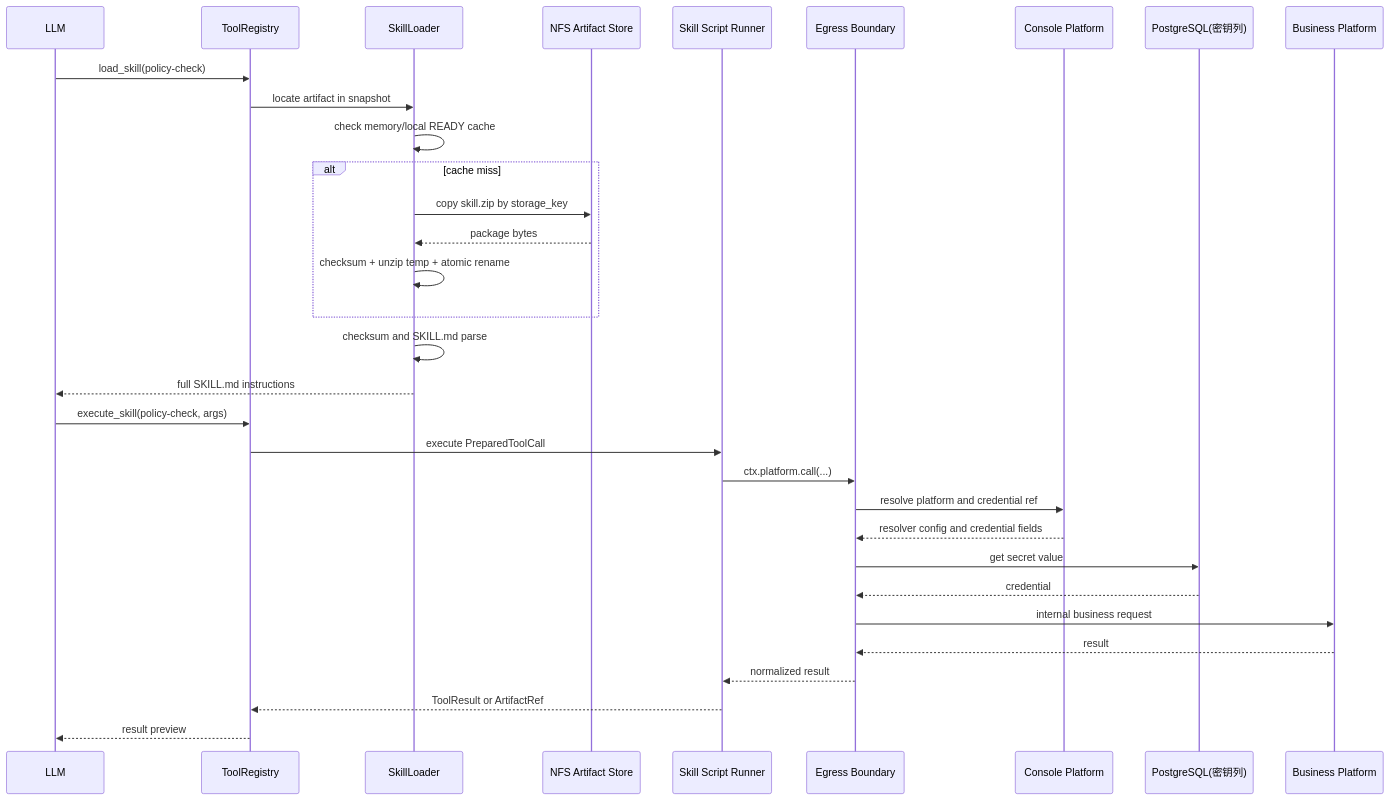
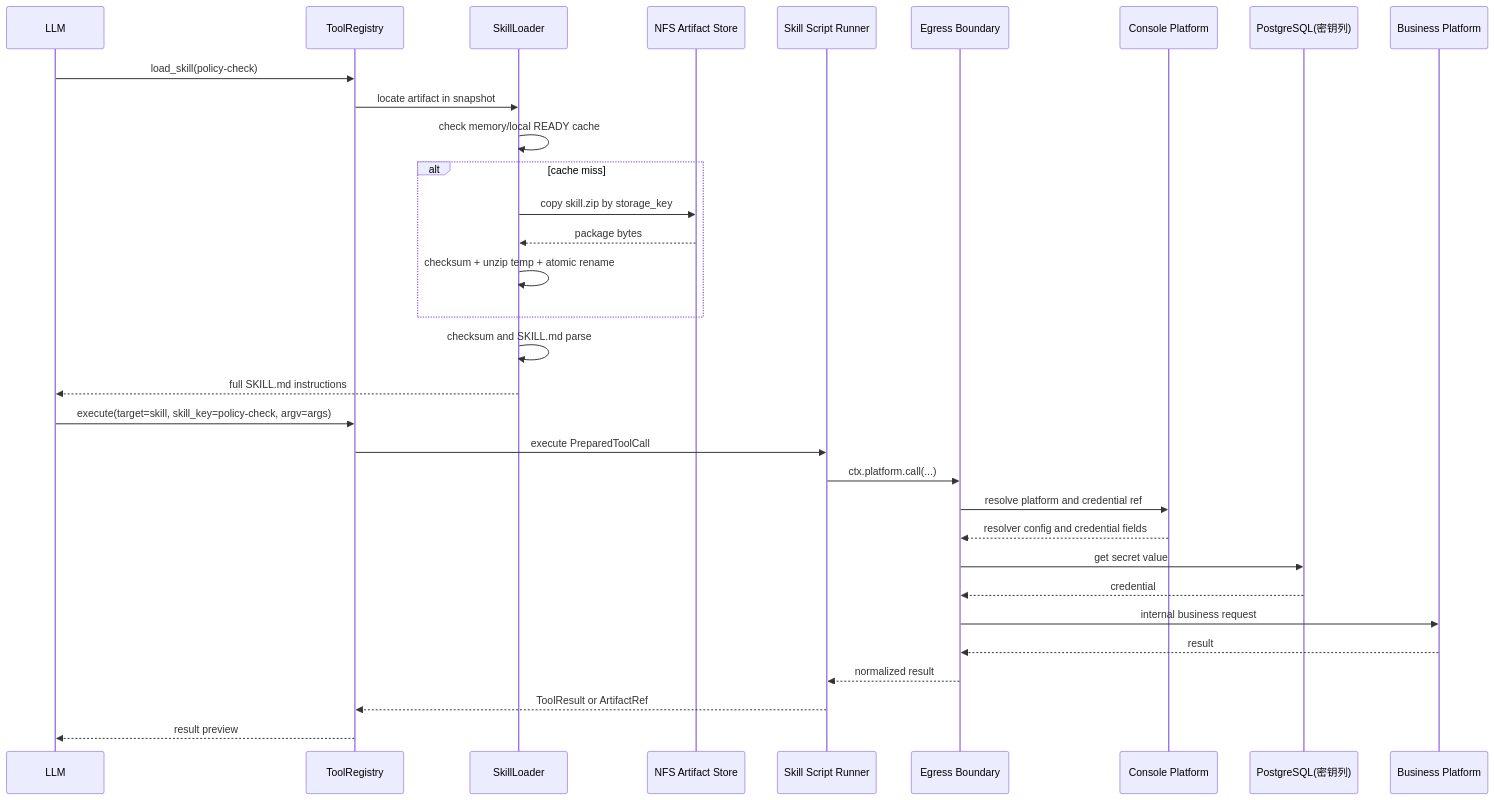
The fourth of 22 diagrams in docs/08-关键流程时序与状态机详细设计.md (Michaelxwb/fluxion-harness), drawn with Mermaid before and after one commit. The commit also changed other lines of this file and 236 other files, not shown here.

First line of the commit message:
refactor(agent): unify execution contracts and refresh architecture docs

````diff
--- a/docs/08-关键流程时序与状态机详细设计.md
+++ b/docs/08-关键流程时序与状态机详细设计.md
@@ -102,36 +102,36 @@
 ```mermaid
 sequenceDiagram
     participant L as LLM
     participant TR as ToolRegistry
     participant SL as SkillLoader
     participant FS as NFS Artifact Store
     participant SR as Skill Script Runner
     participant EB as Egress Boundary
     participant CP as Console Platform
     participant SP as PostgreSQL(密钥列)
     participant BIZ as Business Platform
 
     L->>TR: load_skill(policy-check)
     TR->>SL: locate artifact in snapshot
     SL->>SL: check memory/local READY cache
     alt cache miss
         SL->>FS: copy skill.zip by storage_key
         FS-->>SL: package bytes
         SL->>SL: checksum + unzip temp + atomic rename
     end
     SL->>SL: checksum and SKILL.md parse
     SL-->>L: full SKILL.md instructions
 
-    L->>TR: execute_skill(policy-check, args)
+    L->>TR: execute(target=skill, skill_key=policy-check, argv=args)
     TR->>SR: execute PreparedToolCall
     SR->>EB: ctx.platform.call(...)
     EB->>CP: resolve platform and credential ref
     CP-->>EB: resolver config and credential fields
     EB->>SP: get secret value
     SP-->>EB: credential
     EB->>BIZ: internal business request
     BIZ-->>EB: result
     EB-->>SR: normalized result
     SR-->>TR: ToolResult or ArtifactRef
     TR-->>L: result preview
 ```
````
